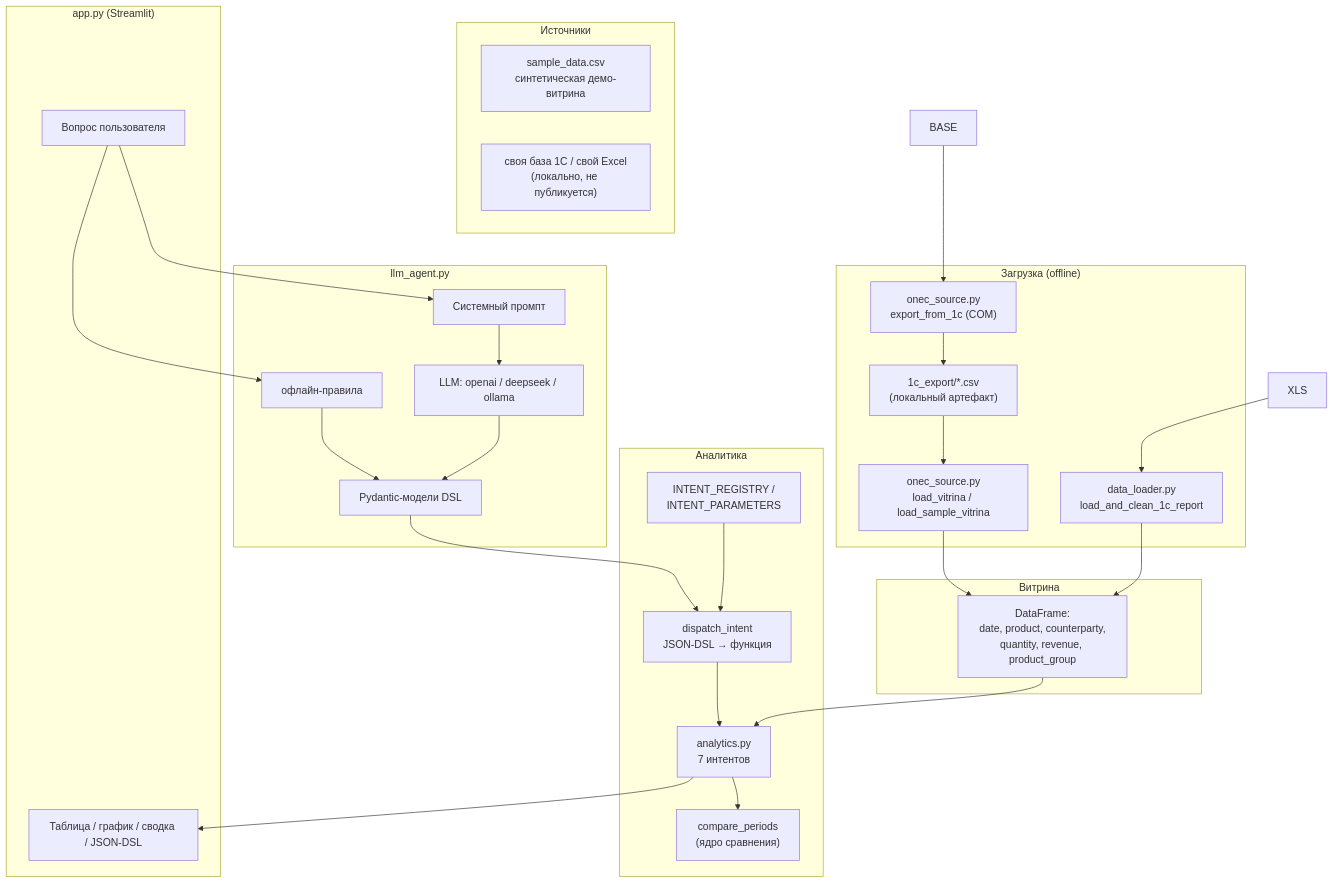
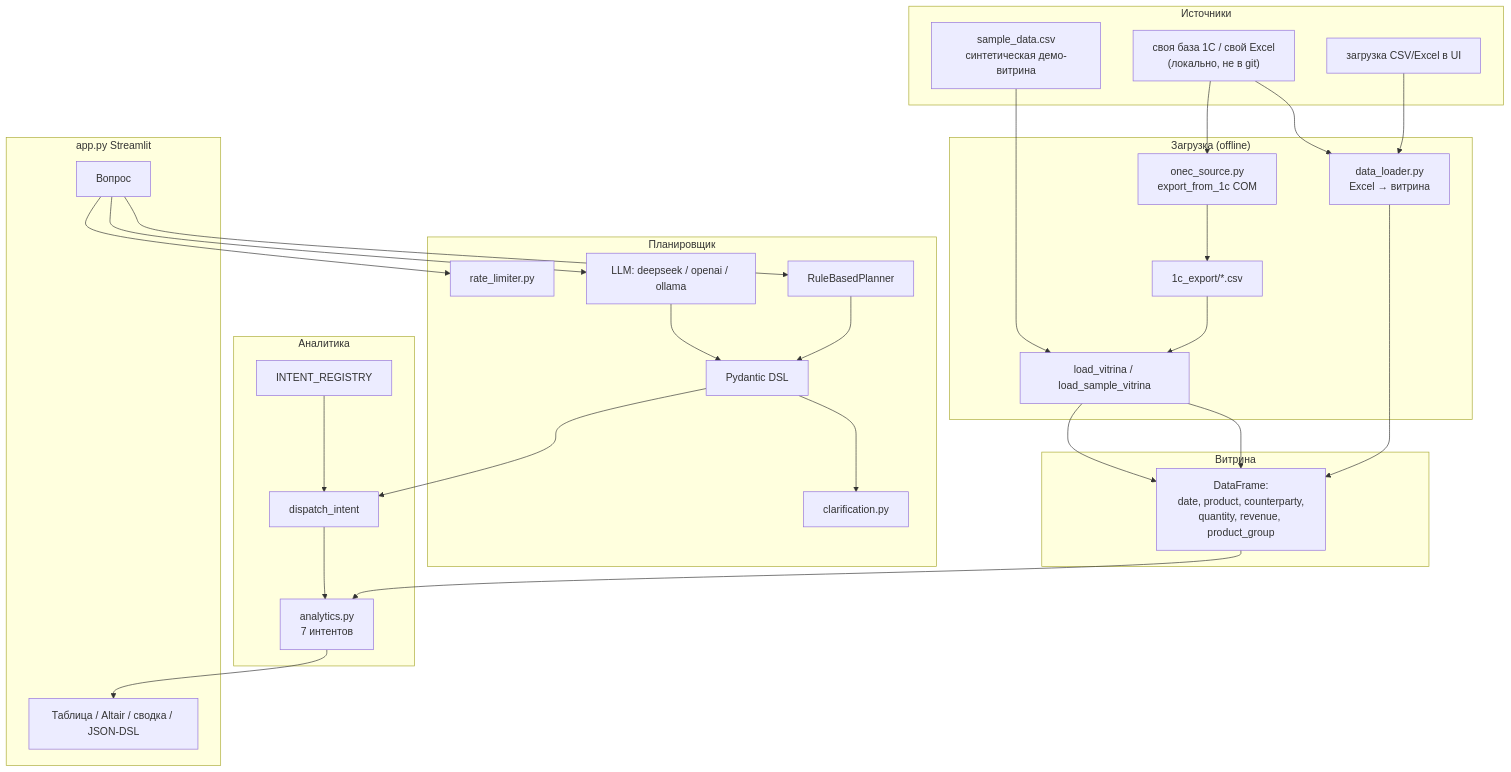
The diagram in docs/ARCHITECTURE.md (Smaturus/1c-ai-analyst), drawn with Mermaid before and after one commit. The commit also changed other lines of this file and 23 other files, not shown here.

````diff
--- a/docs/ARCHITECTURE.md
+++ b/docs/ARCHITECTURE.md
@@ -24,46 +24,51 @@
 ```mermaid
 flowchart TB
     subgraph Sources["Источники"]
         SAMPLE["sample_data.csv<br/>синтетическая демо-витрина"]
-        OWN["своя база 1С / свой Excel<br/>(локально, не публикуется)"]
+        OWN["своя база 1С / свой Excel<br/>(локально, не в git)"]
+        UP["загрузка CSV/Excel в UI"]
     end
 
     subgraph ETL["Загрузка (offline)"]
-        DL["data_loader.py<br/>load_and_clean_1c_report"]
-        EXP["onec_source.py<br/>export_from_1c (COM)"]
-        CSV["1c_export/*.csv<br/>(локальный артефакт)"]
-        LOAD["onec_source.py<br/>load_vitrina / load_sample_vitrina"]
+        DL["data_loader.py<br/>Excel → витрина"]
+        EXP["onec_source.py<br/>export_from_1c COM"]
+        CSV["1c_export/*.csv"]
+        LOAD["load_vitrina / load_sample_vitrina"]
     end
 
     subgraph Store["Витрина"]
         V["DataFrame:<br/>date, product, counterparty,<br/>quantity, revenue, product_group"]
     end
 
     subgraph Serving["Аналитика"]
         A["analytics.py<br/>7 интентов"]
-        CP["compare_periods<br/>(ядро сравнения)"]
-        D["dispatch_intent<br/>JSON-DSL → функция"]
-        REG["INTENT_REGISTRY /<br/>INTENT_PARAMETERS"]
+        D["dispatch_intent"]
+        REG["INTENT_REGISTRY"]
     end
 
-    subgraph LLMLayer["llm_agent.py"]
-        PROMPT["Системный промпт"]
-        CLIENT["LLM: openai / deepseek / ollama"]
-        PYD["Pydantic-модели DSL"]
-        RULES["офлайн-правила"]
+    subgraph LLMLayer["Планировщик"]
+        CLIENT["LLM: deepseek / openai / ollama"]
+        RULES["RuleBasedPlanner"]
+        PYD["Pydantic DSL"]
+        CLAR["clarification.py"]
+        RL["rate_limiter.py"]
     end
 
-    subgraph UI["app.py (Streamlit)"]
-        ASK["Вопрос пользователя"]
-        OUT["Таблица / график / сводка / JSON-DSL"]
+    subgraph UI["app.py Streamlit"]
+        ASK["Вопрос"]
+        OUT["Таблица / Altair / сводка / JSON-DSL"]
     end
 
-    XLS --> DL --> V
-    BASE --> EXP --> CSV --> LOAD --> V
+    OWN --> EXP --> CSV --> LOAD --> V
+    OWN --> DL --> V
+    SAMPLE --> LOAD
+    UP --> DL
+    LOAD --> V
     V --> A
-    A --> CP
     REG --> D --> A
-    ASK --> PROMPT --> CLIENT --> PYD --> D
+    ASK --> RL
+    ASK --> CLIENT --> PYD --> D
     ASK --> RULES --> PYD
+    PYD --> CLAR
     A --> OUT
 ```
````
